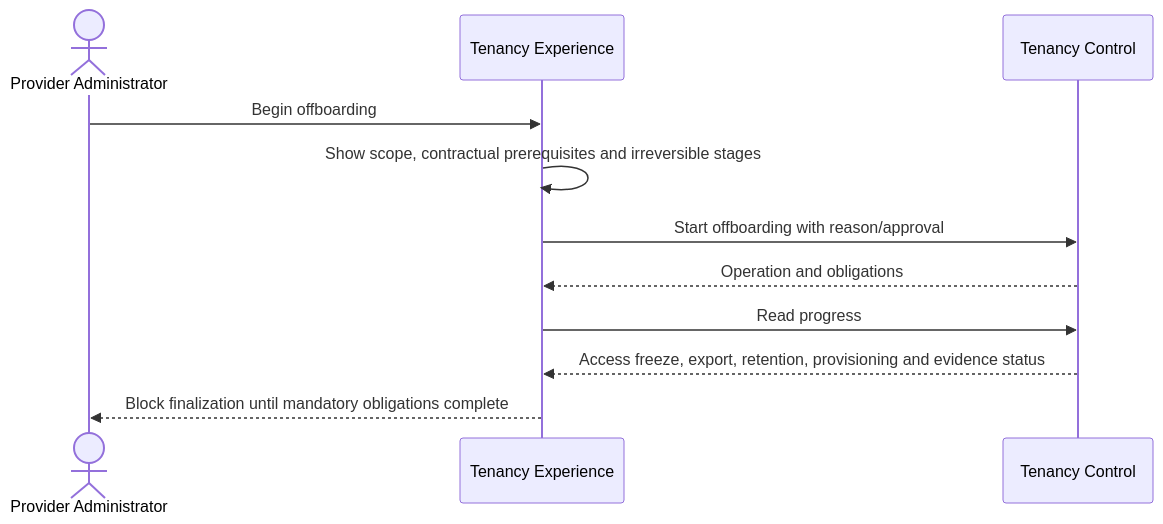
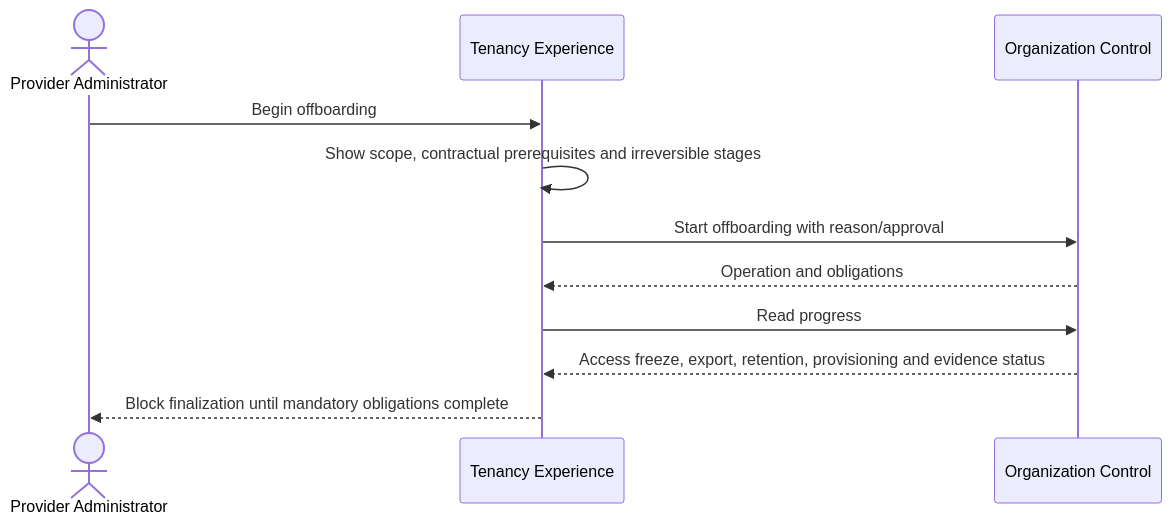
The seventh of 7 diagrams in 04-system/scnehaux-organization/scnehaux-organization-experience.sad.md (anshacerbia2/scnehaux-architecture), drawn with Mermaid before and after one commit. The commit also changed other lines of this file and 45 other files, not shown here.

Commit message:
Align identity and tenancy architecture baseline

````diff
--- a/04-system/scnehaux-organization/scnehaux-organization-experience.sad.md
+++ b/04-system/scnehaux-organization/scnehaux-organization-experience.sad.md
@@ -281,14 +281,14 @@
 ```mermaid
 sequenceDiagram
     actor A as Provider Administrator
     participant W as Tenancy Experience
-    participant T as Tenancy Control
+    participant T as Organization Control
 
     A->>W: Begin offboarding
     W->>W: Show scope, contractual prerequisites and irreversible stages
     W->>T: Start offboarding with reason/approval
     T-->>W: Operation and obligations
     W->>T: Read progress
     T-->>W: Access freeze, export, retention, provisioning and evidence status
     W-->>A: Block finalization until mandatory obligations complete
 ```
````
